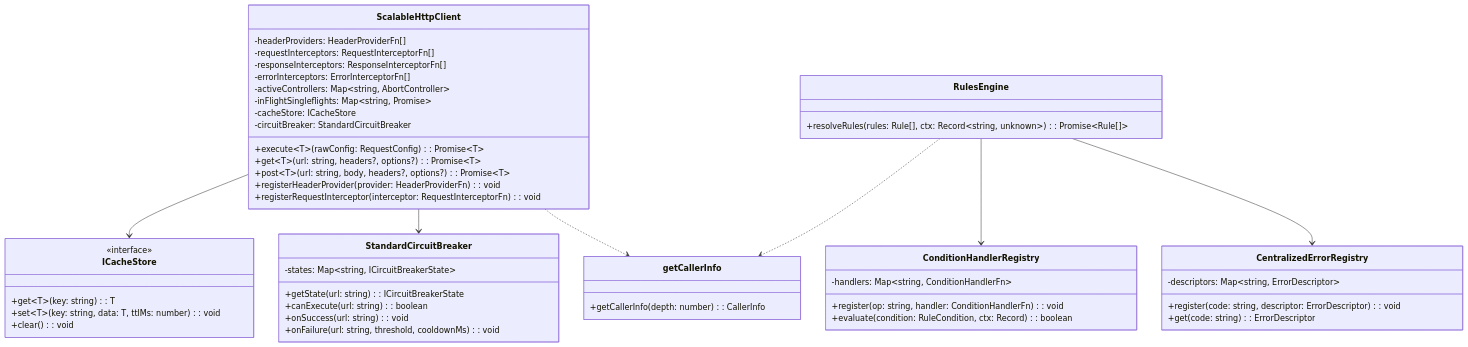
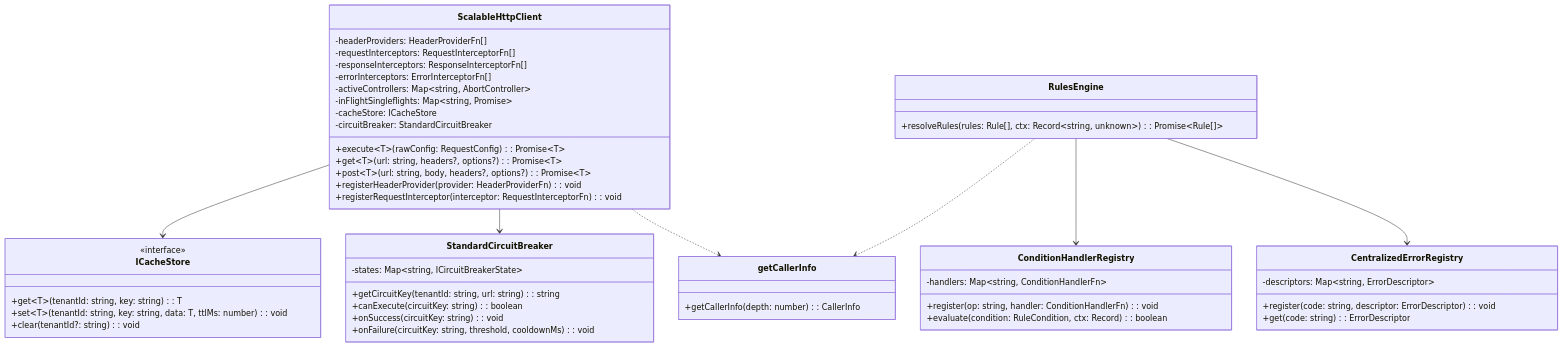
One commit to Chief-Strategist-J/llm-observability-platform changed the second of 5 diagrams in packages/node/shared-infra/docs/adr/0001-scalable-resilient-telemetry-http-pipeline.md. Above: the diagram before and after it, drawn with Mermaid. The commit also changed other lines of this file and 3 other files, not shown here.

Commit message:
feat(security): implement default-deny allowlist telemetry, URL sanitization, tenant-isolated route-template circuit breakers, SHA-256 hashed keys, tenant-partitioned LRU cache, SSRF private IP protection, streaming body limits, and detailed Mermaid architecture diagrams in ADR 0001

````diff
--- a/packages/node/shared-infra/docs/adr/0001-scalable-resilient-telemetry-http-pipeline.md
+++ b/packages/node/shared-infra/docs/adr/0001-scalable-resilient-telemetry-http-pipeline.md
@@ -83,60 +83,60 @@
 ```mermaid
 classDiagram
   class ScalableHttpClient {
     -headerProviders: HeaderProviderFn[]
     -requestInterceptors: RequestInterceptorFn[]
     -responseInterceptors: ResponseInterceptorFn[]
     -errorInterceptors: ErrorInterceptorFn[]
     -activeControllers: Map~string, AbortController~
     -inFlightSingleflights: Map~string, Promise~
     -cacheStore: ICacheStore
     -circuitBreaker: StandardCircuitBreaker
     +execute~T~(rawConfig: RequestConfig): Promise~T~
     +get~T~(url: string, headers?, options?): Promise~T~
     +post~T~(url: string, body, headers?, options?): Promise~T~
     +registerHeaderProvider(provider: HeaderProviderFn): void
     +registerRequestInterceptor(interceptor: RequestInterceptorFn): void
   }
 
   class RulesEngine {
     +resolveRules(rules: Rule[], ctx: Record~string, unknown~): Promise~Rule[]~
   }
 
   class ConditionHandlerRegistry {
     -handlers: Map~string, ConditionHandlerFn~
     +register(op: string, handler: ConditionHandlerFn): void
     +evaluate(condition: RuleCondition, ctx: Record): boolean
   }
 
   class CentralizedErrorRegistry {
     -descriptors: Map~string, ErrorDescriptor~
     +register(code: string, descriptor: ErrorDescriptor): void
     +get(code: string): ErrorDescriptor
   }
 
   class ICacheStore {
     <<interface>>
-    +get~T~(key: string): T
-    +set~T~(key: string, data: T, ttlMs: number): void
-    +clear(): void
+    +get~T~(tenantId: string, key: string): T
+    +set~T~(tenantId: string, key: string, data: T, ttlMs: number): void
+    +clear(tenantId?: string): void
   }
 
   class StandardCircuitBreaker {
     -states: Map~string, ICircuitBreakerState~
-    +getState(url: string): ICircuitBreakerState
-    +canExecute(url: string): boolean
-    +onSuccess(url: string): void
-    +onFailure(url: string, threshold, cooldownMs): void
+    +getCircuitKey(tenantId: string, url: string): string
+    +canExecute(circuitKey: string): boolean
+    +onSuccess(circuitKey: string): void
+    +onFailure(circuitKey: string, threshold, cooldownMs): void
   }
 
   class getCallerInfo {
     +getCallerInfo(depth: number): CallerInfo
   }
 
   ScalableHttpClient --> ICacheStore
   ScalableHttpClient --> StandardCircuitBreaker
   ScalableHttpClient ..> getCallerInfo
   RulesEngine --> ConditionHandlerRegistry
   RulesEngine --> CentralizedErrorRegistry
   RulesEngine ..> getCallerInfo
 ```
````
